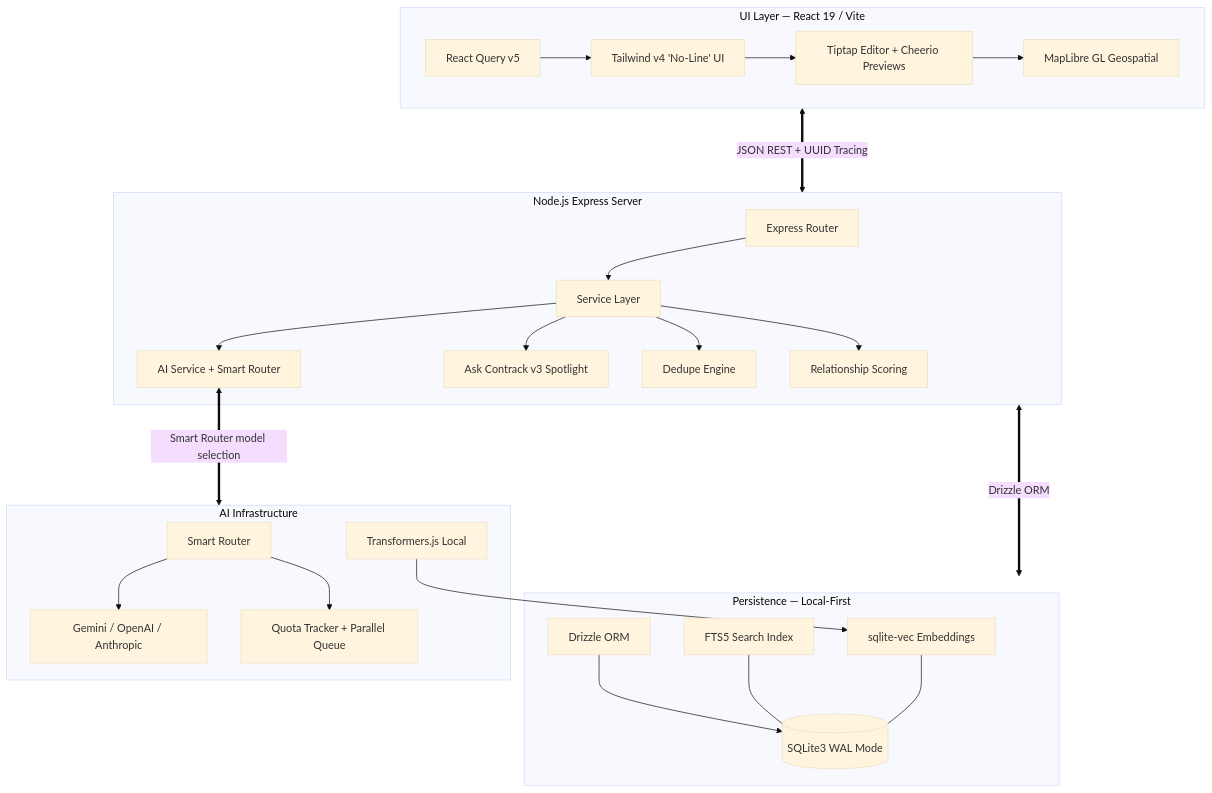
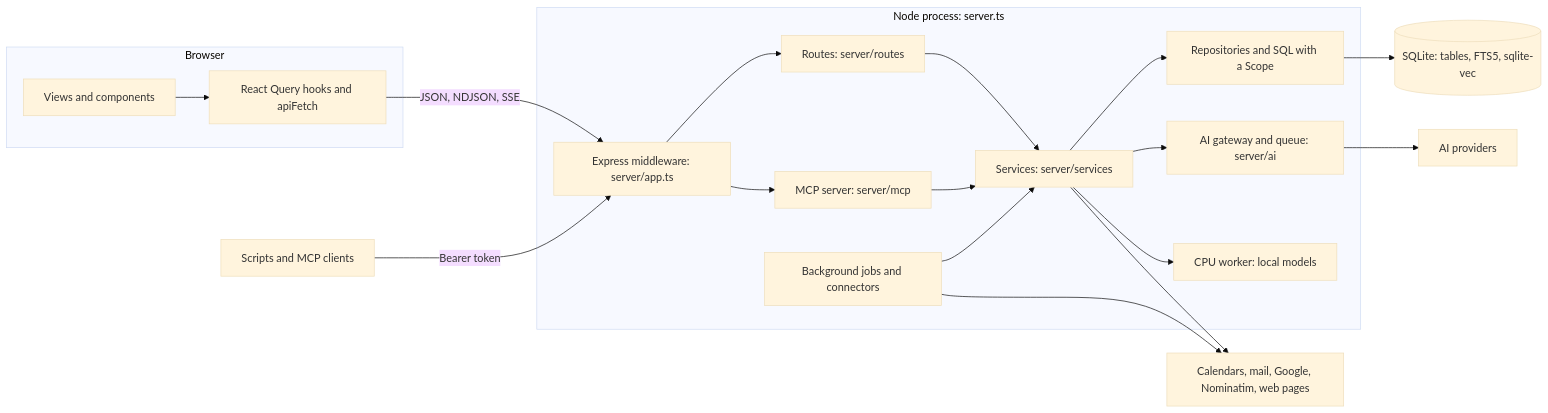
The diagram in docs/architecture.md (arvarik/contrack), drawn with Mermaid (base theme) before and after one commit. The commit also changed other lines of this file and 67 other files, not shown here.

````diff
--- a/docs/architecture.md
+++ b/docs/architecture.md
@@ -7,33 +12,30 @@
 ```mermaid
-graph TD
-    subgraph Frontend ["UI Layer — React 19 / Vite"]
-        RQ["React Query v5"] --> TW["Tailwind v4 'No-Line' UI"]
-        TW --> TT["Tiptap Editor + Cheerio Previews"]
-        TT --> Map["MapLibre GL Geospatial"]
-    end
-
-    subgraph Backend ["Node.js Express Server"]
-        EX["Express Router"] --> SVC["Service Layer"]
-        SVC --> AI["AI Service + Smart Router"]
-        SVC --> SRCH["Ask Contrack v3 Spotlight"]
-        SVC --> DDP["Dedupe Engine"]
-        SVC --> REL["Relationship Scoring"]
-    end
-
-    subgraph Storage ["Persistence — Local-First"]
-        SQL[("SQLite3 WAL Mode")]
-        DZ["Drizzle ORM"] --> SQL
-        FTS["FTS5 Search Index"] --- SQL
-        VEC["sqlite-vec Embeddings"] --- SQL
-    end
-
-    subgraph AILayer ["AI Infrastructure"]
-        SR["Smart Router"] --> Adapters["Gemini / OpenAI / Anthropic"]
-        SR --> QT["Quota Tracker + Parallel Queue"]
-        LE["Transformers.js Local"] --> VEC
-    end
-
-    Frontend <===>|"JSON REST + UUID Tracing"| Backend
-    AI <===>|"Smart Router model selection"| AILayer
-    Backend <===>|"Drizzle ORM"| Storage
+flowchart LR
+  subgraph Browser
+    Views["Views and components"]
+    Hooks["React Query hooks and apiFetch"]
+  end
+  Clients["Scripts and MCP clients"]
+  subgraph Server["Node process: server.ts"]
+    MW["Express middleware: server/app.ts"]
+    Routes["Routes: server/routes"]
+    MCP["MCP server: server/mcp"]
+    Jobs["Background jobs and connectors"]
+    Services["Services: server/services"]
+    Data["Repositories and SQL with a Scope"]
+    Gateway["AI gateway and queue: server/ai"]
+    Worker["CPU worker: local models"]
+  end
+  DB[("SQLite: tables, FTS5, sqlite-vec")]
+  Providers["AI providers"]
+  Web["Calendars, mail, Google, Nominatim, web pages"]
+  Views --> Hooks
+  Hooks -->|"JSON, NDJSON, SSE"| MW
+  Clients -->|"Bearer token"| MW
+  MW --> Routes & MCP
+  Routes & MCP & Jobs --> Services
+  Services --> Data --> DB
+  Services --> Gateway --> Providers
+  Services --> Worker
+  Services & Jobs --> Web
 ```
````
